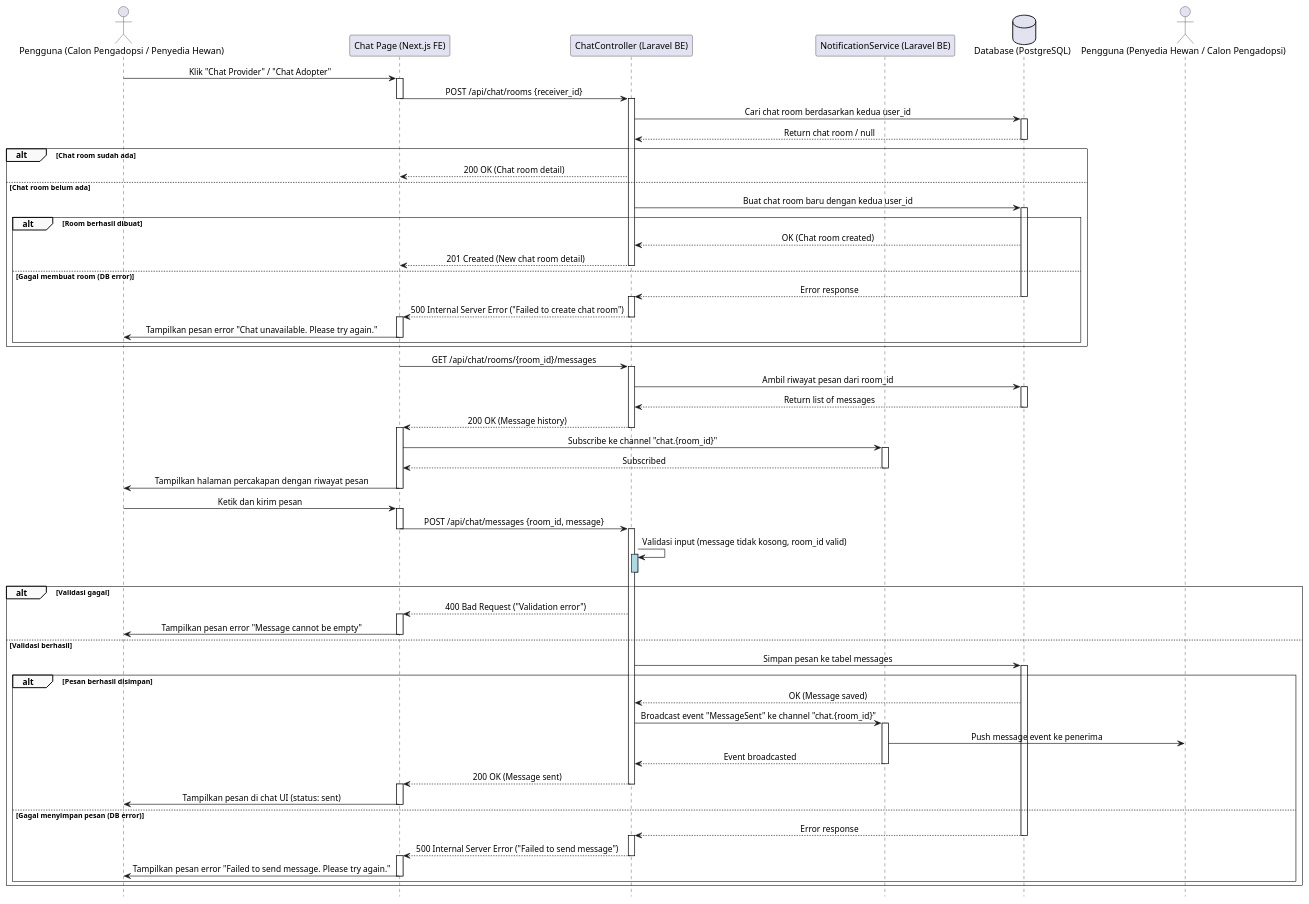
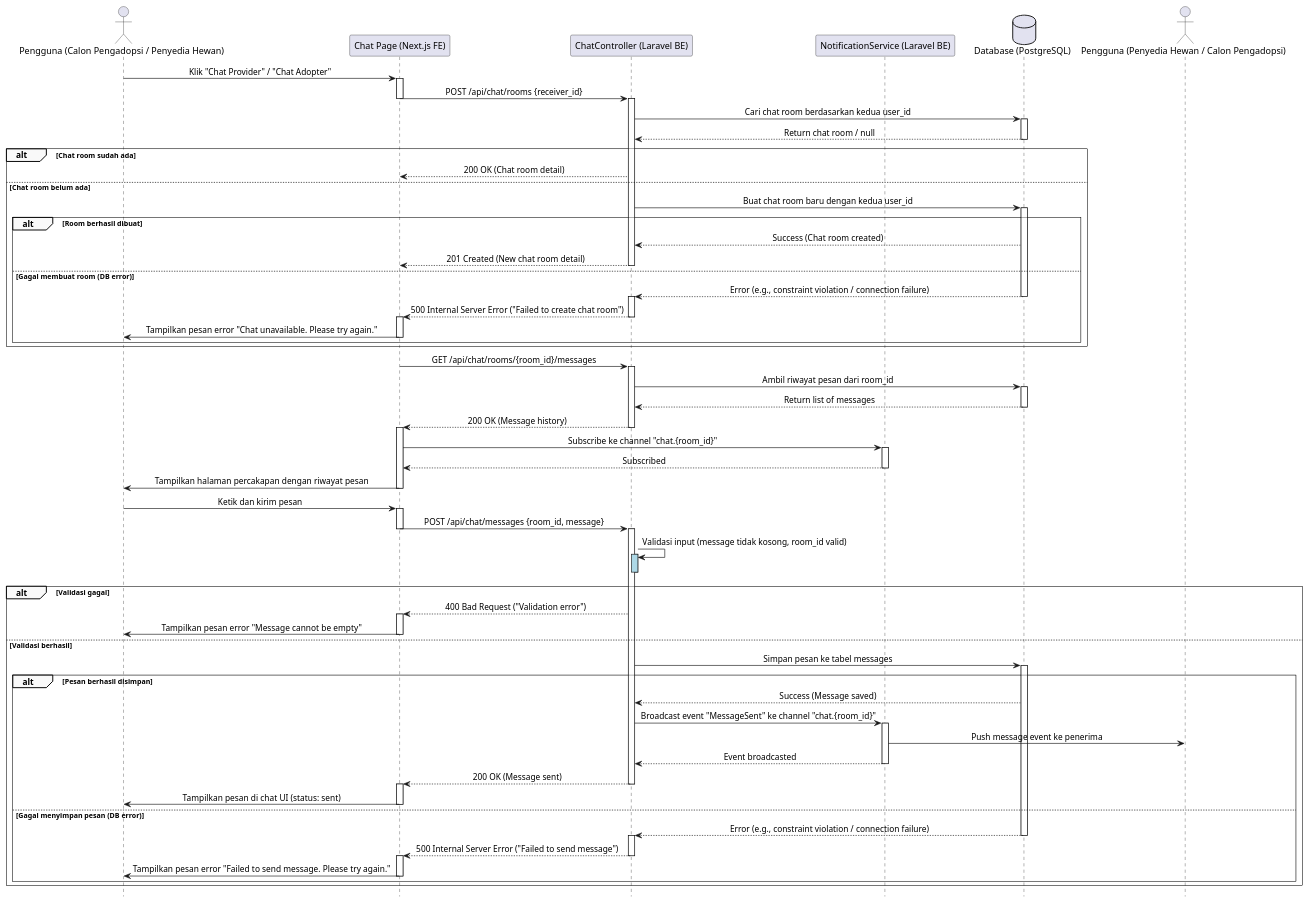
Before and after one commit to fadhel-rizanda/skripsi-plantuml: the diagram in sequence/MelakukanChat.plantuml, drawn with PlantUML. The commit also changed 29 other files, not shown here.

```diff
--- a/sequence/MelakukanChat.plantuml
+++ b/sequence/MelakukanChat.plantuml
@@ -1,122 +1,122 @@
 @startuml
 ' === Styling ===
 skinparam sequence {
     LifelineFooterStrategy none
     MessageAlign center
     ArrowThickness 1
     ParticipantPadding 20
     GroupBorderThickness 0.5
     GroupBackgroundColor #F9F9F9
 }
 hide footbox
 
 ' === Participants ===
 actor "Pengguna (Calon Pengadopsi / Penyedia Hewan)" as Pengguna
 participant "Chat Page (Next.js FE)" as FE
 participant "ChatController (Laravel BE)" as BE
 participant "NotificationService (Laravel BE)" as Reverb
 database "Database (PostgreSQL)" as DB
 actor "Pengguna (Penyedia Hewan / Calon Pengadopsi)" as FE_Receiver
 
 ' === Flow: Membuka Chat Room ===
 Pengguna -> FE: Klik "Chat Provider" / "Chat Adopter"
 activate FE
 FE -> BE: POST /api/chat/rooms {receiver_id}
 deactivate FE
 activate BE
 BE -> DB: Cari chat room berdasarkan kedua user_id
 activate DB
 DB --> BE: Return chat room / null
 deactivate DB
 
 alt Chat room sudah ada
     BE --> FE: 200 OK (Chat room detail)
 else Chat room belum ada
     BE -> DB: Buat chat room baru dengan kedua user_id
     activate DB
 
     alt Room berhasil dibuat
-        DB --> BE: OK (Chat room created)
+        DB --> BE: Success (Chat room created)
         BE --> FE: 201 Created (New chat room detail)
         deactivate BE
 
     else Gagal membuat room (DB error)
-        DB --> BE: Error response
+        DB --> BE: Error (e.g., constraint violation / connection failure)
         deactivate DB
         activate BE
         BE --> FE: 500 Internal Server Error ("Failed to create chat room")
         deactivate BE
         activate FE
         FE -> Pengguna: Tampilkan pesan error "Chat unavailable. Please try again."
         deactivate FE
     end
 end
 
 activate FE
 FE -> BE: GET /api/chat/rooms/{room_id}/messages
 deactivate FE
 activate BE
 BE -> DB: Ambil riwayat pesan dari room_id
 activate DB
 DB --> BE: Return list of messages
 deactivate DB
 BE --> FE: 200 OK (Message history)
 deactivate BE
 
 activate FE
 FE -> Reverb: Subscribe ke channel "chat.{room_id}"
 activate Reverb
 Reverb --> FE: Subscribed
 deactivate Reverb
 FE -> Pengguna: Tampilkan halaman percakapan dengan riwayat pesan
 deactivate FE
 
 
 ' === Flow: Mengirim Pesan ===
 Pengguna -> FE: Ketik dan kirim pesan
 activate FE
 FE -> BE: POST /api/chat/messages {room_id, message}
 deactivate FE
 activate BE
 
 BE -> BE: Validasi input (message tidak kosong, room_id valid)
 activate BE #LightBlue
 deactivate BE #LightBlue
 
 alt Validasi gagal
     BE --> FE: 400 Bad Request ("Validation error")
     activate FE
     FE -> Pengguna: Tampilkan pesan error "Message cannot be empty"
     deactivate FE
 else Validasi berhasil
     BE -> DB: Simpan pesan ke tabel messages
     activate DB
 
     alt Pesan berhasil disimpan
-        DB --> BE: OK (Message saved)
+        DB --> BE: Success (Message saved)
 
         BE -> Reverb: Broadcast event "MessageSent" ke channel "chat.{room_id}"
         activate Reverb
         Reverb -> FE_Receiver: Push message event ke penerima
         Reverb --> BE: Event broadcasted
         deactivate Reverb
 
         BE --> FE: 200 OK (Message sent)
         deactivate BE
         activate FE
         FE -> Pengguna: Tampilkan pesan di chat UI (status: sent)
         deactivate FE
 
     else Gagal menyimpan pesan (DB error)
-        DB --> BE: Error response
+        DB --> BE: Error (e.g., constraint violation / connection failure)
         deactivate DB
         activate BE
         BE --> FE: 500 Internal Server Error ("Failed to send message")
         deactivate BE
         activate FE
         FE -> Pengguna: Tampilkan pesan error "Failed to send message. Please try again."
         deactivate FE
     end
 end
 
 @enduml
```
